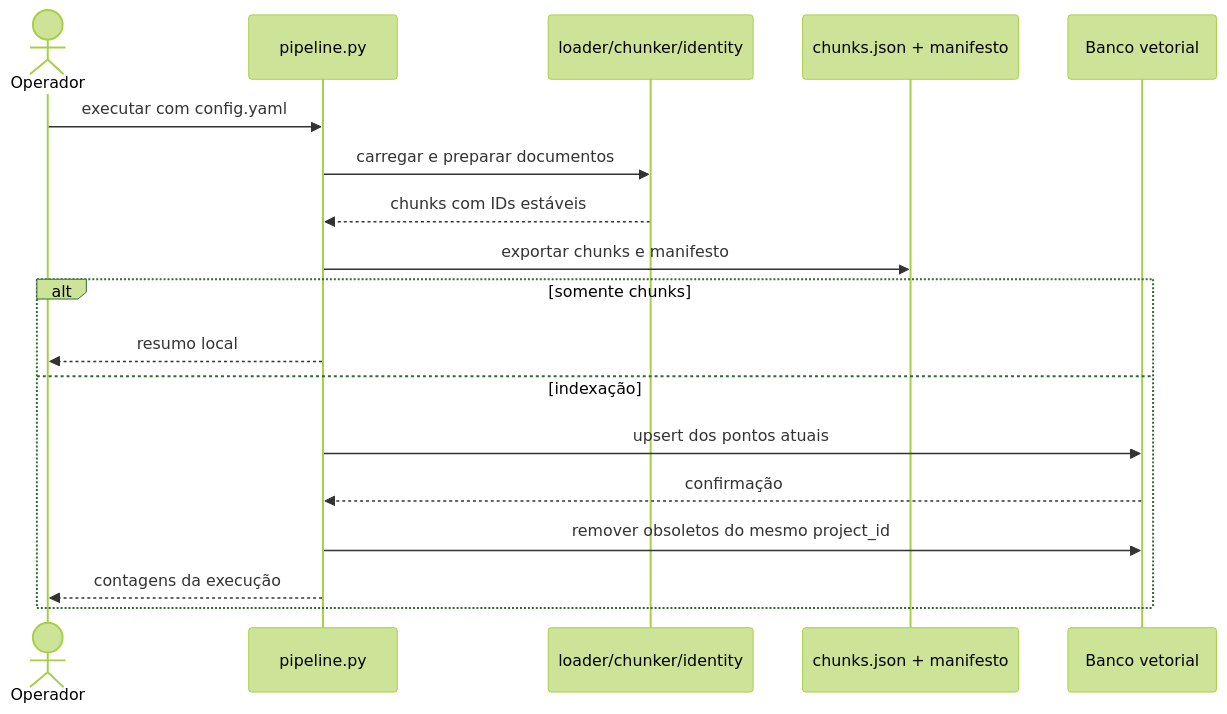
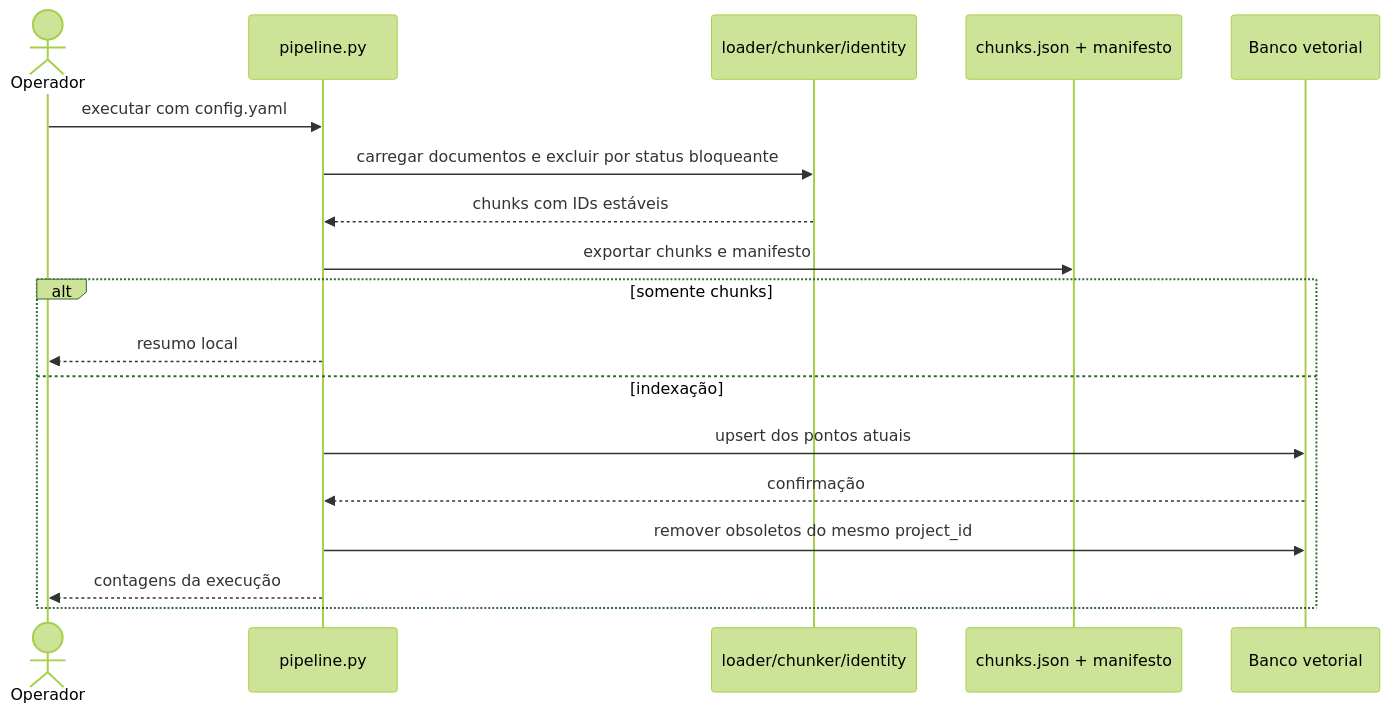
Before and after one commit to marciohernandez/rag-pipeline: the third of 3 diagrams in docs/flows.md, drawn with Mermaid (forest theme). The commit also changed 24 other files, not shown here.

````diff
--- a/docs/flows.md
+++ b/docs/flows.md
@@ -21,20 +21,20 @@
 ```mermaid
 sequenceDiagram
   actor Operador
   participant CLI as pipeline.py
   participant Loader as loader/chunker/identity
   participant Audit as chunks.json + manifesto
   participant Vector as Banco vetorial
   Operador->>CLI: executar com config.yaml
-  CLI->>Loader: carregar e preparar documentos
+  CLI->>Loader: carregar documentos e excluir por status bloqueante
   Loader-->>CLI: chunks com IDs estáveis
   CLI->>Audit: exportar chunks e manifesto
   alt somente chunks
     CLI-->>Operador: resumo local
   else indexação
     CLI->>Vector: upsert dos pontos atuais
     Vector-->>CLI: confirmação
     CLI->>Vector: remover obsoletos do mesmo project_id
     CLI-->>Operador: contagens da execução
   end
 ```
````
